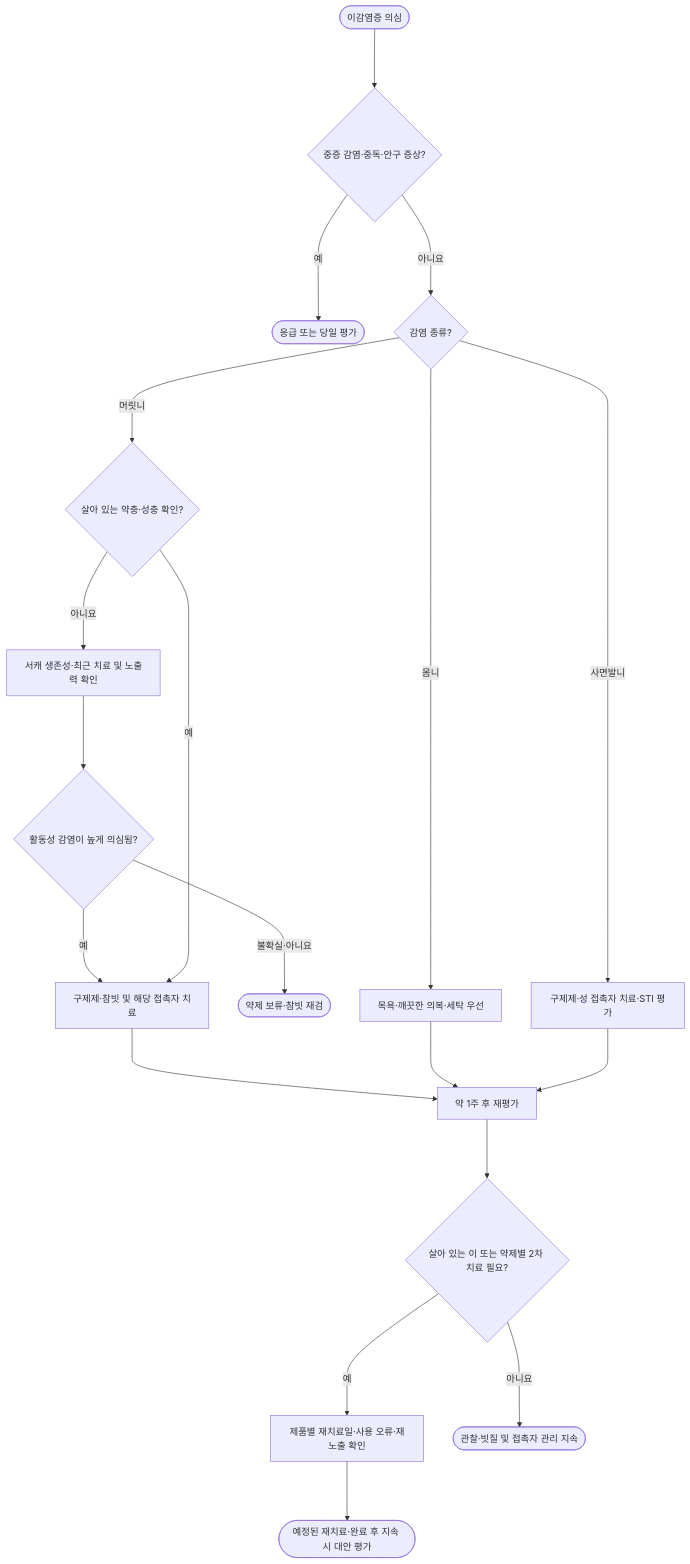
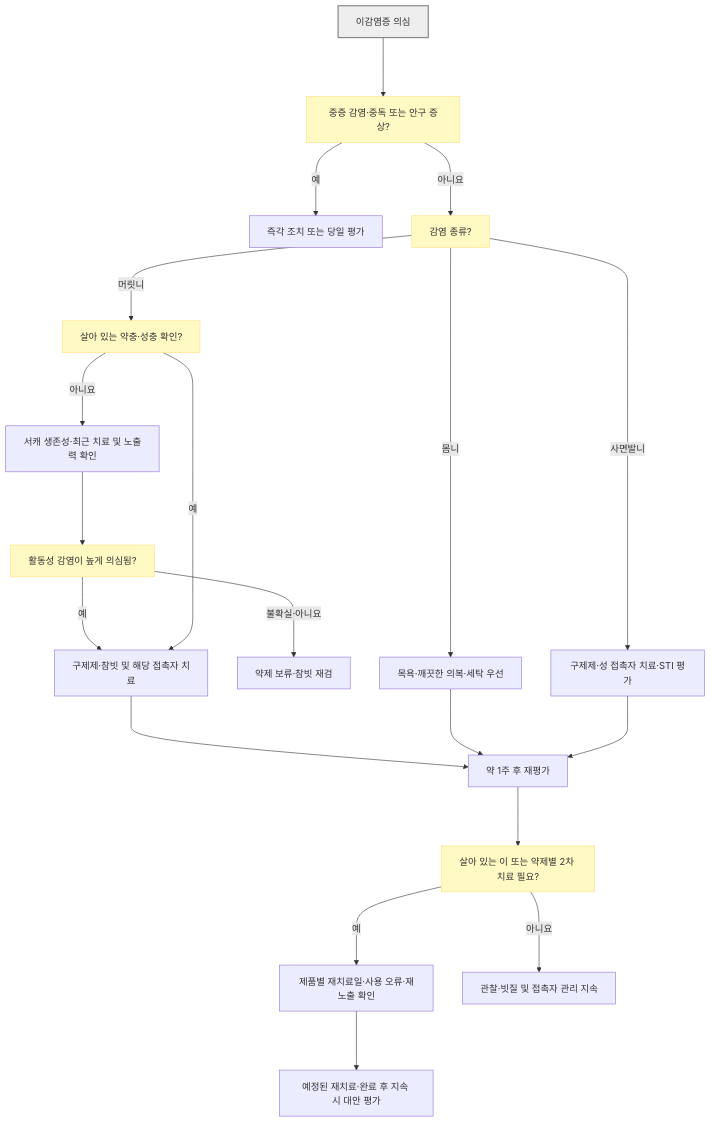
The diagram in 229_/185_-pediculosis-lice.md (familyoh77/familyoh77), drawn with Mermaid before and after one commit. The commit also changed other lines of this file and 5 other files, not shown here.

````diff
--- a/229_/185_-pediculosis-lice.md
+++ b/229_/185_-pediculosis-lice.md
@@ -74,21 +76,25 @@
 ```mermaid
 graph TD
-    A(["이감염증 의심"]) ---> B{"중증 감염·중독·안구 증상?"}
-    B --->|"예"| C(["응급 또는 당일 평가"])
-    B --->|"아니요"| D{"감염 종류?"}
-    D --->|"머릿니"| E{"살아 있는 약충·성충 확인?"}
+    A["이감염증 의심"] ---> B["중증 감염·중독 또는 안구 증상?"]
+    B --->|"예"| C["즉각 조치 또는 당일 평가"]
+    B --->|"아니요"| D["감염 종류?"]
+    D --->|"머릿니"| E["살아 있는 약충·성충 확인?"]
     E --->|"아니요"| F["서캐 생존성·최근 치료 및 노출력 확인"]
-    F ---> F1{"활동성 감염이 높게 의심됨?"}
+    F ---> F1["활동성 감염이 높게 의심됨?"]
     F1 --->|"예"| G
-    F1 --->|"불확실·아니요"| F2(["약제 보류·참빗 재검"])
+    F1 --->|"불확실·아니요"| F2["약제 보류·참빗 재검"]
     E --->|"예"| G["구제제·참빗 및 해당 접촉자 치료"]
     D --->|"몸니"| H["목욕·깨끗한 의복·세탁 우선"]
     D --->|"사면발니"| I["구제제·성 접촉자 치료·STI 평가"]
     G ---> J["약 1주 후 재평가"]
     H ---> J
     I ---> J
-    J ---> K{"살아 있는 이 또는 약제별 2차 치료 필요?"}
+    J ---> K["살아 있는 이 또는 약제별 2차 치료 필요?"]
     K --->|"예"| L["제품별 재치료일·사용 오류·재노출 확인"]
-    L ---> M(["예정된 재치료·완료 후 지속 시 대안 평가"])
-    K --->|"아니요"| N(["관찰·빗질 및 접촉자 관리 지속"])
+    L ---> M["예정된 재치료·완료 후 지속 시 대안 평가"]
+    K --->|"아니요"| N["관찰·빗질 및 접촉자 관리 지속"]
+
+    classDef question fill:#fff9c4,stroke:#ffe082
+    class B,D,E,F1,K question
+    style A fill:#eeeeee,stroke:#888888,stroke-width:2px
 ```
````
